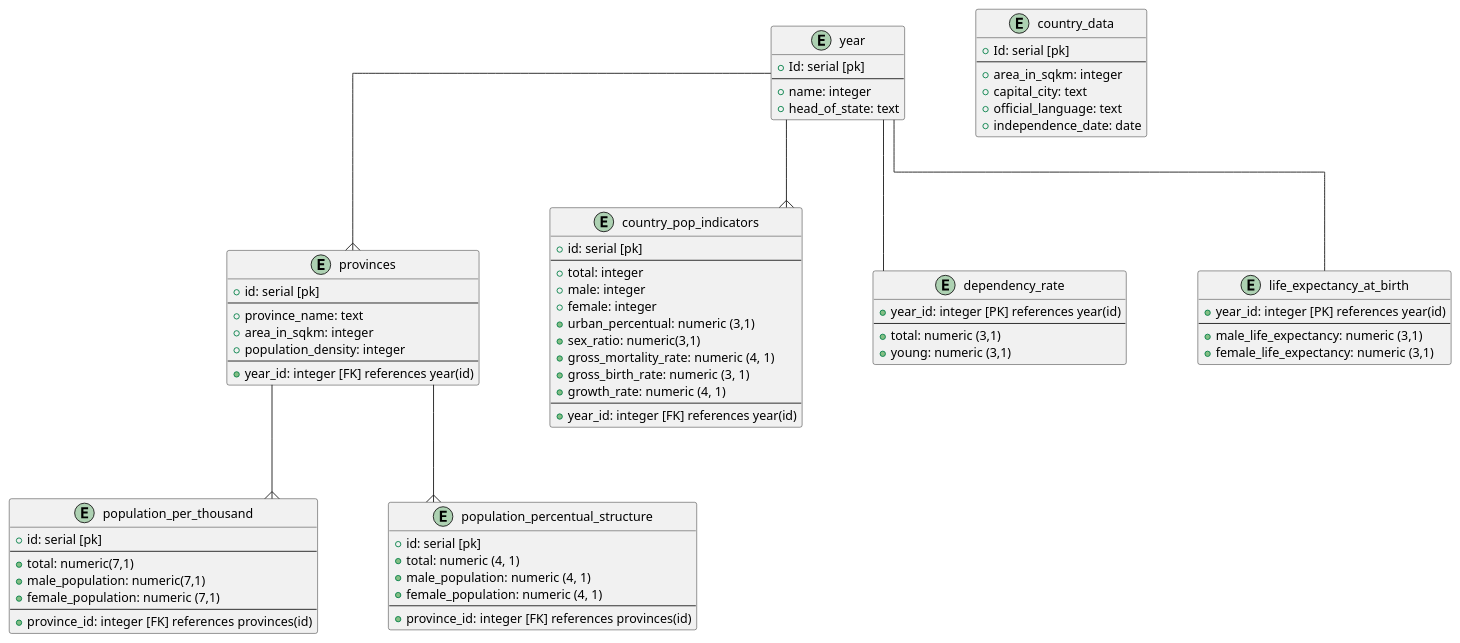
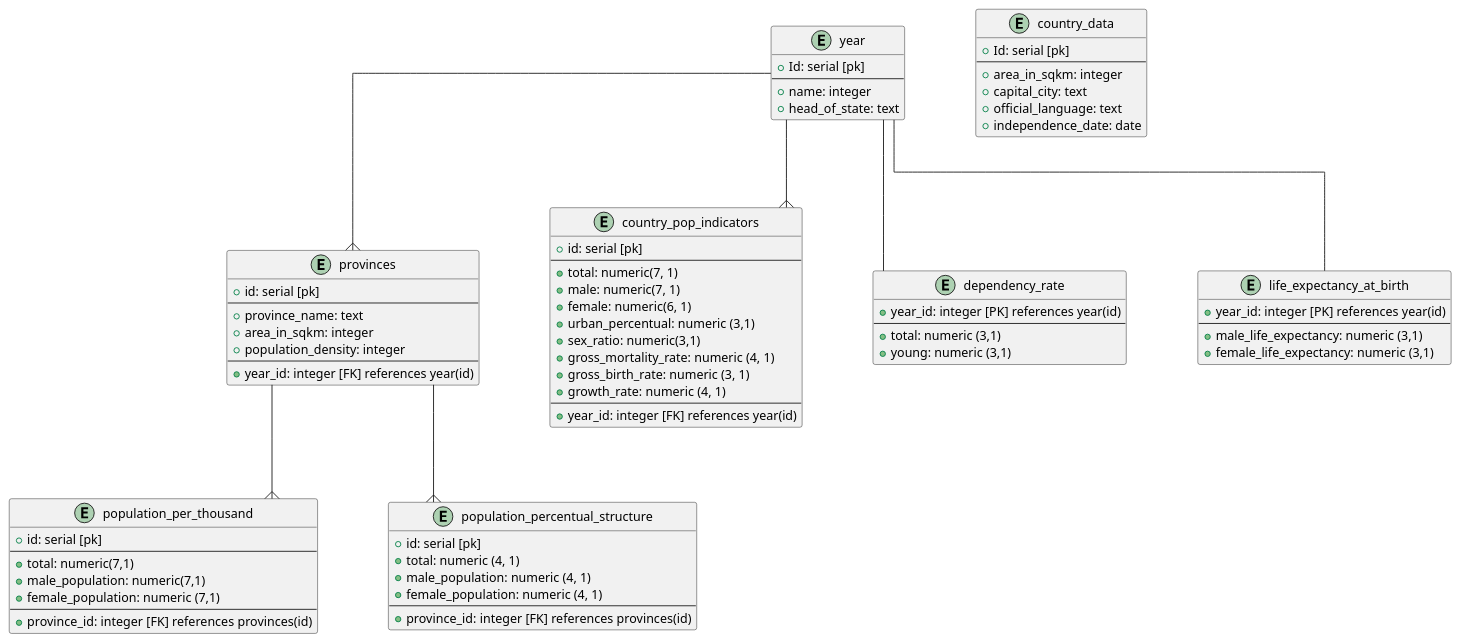
The diagram in dbschema.puml (therakius/moz-demog-api), drawn with PlantUML before and after one commit.

Commit message:
corrected type for table country_pop_indicators

```diff
--- a/dbschema.puml
+++ b/dbschema.puml
@@ -1,97 +1,97 @@
 @startuml moz_database
 skinparam {
     Nodesep 80
     Ranksep 80
     Linetype ortho
 }
 
 skinparam entity {
     BackgroundColor LightBlue
     FontSize 14
     ArrowThickness 1
 }
 
 entity year {
     + Id: serial [pk]
     --
     + name: integer
     + head_of_state: text
 }
 
 entity country_data {
     + Id: serial [pk]
     --
     + area_in_sqkm: integer
     + capital_city: text
     + official_language: text
     + independence_date: date
 }
 
 entity provinces {
    + id: serial [pk]
    --
    + province_name: text
    + area_in_sqkm: integer
    + population_density: integer
    --
    + year_id: integer [FK] references year(id)
 }
 
 entity population_per_thousand{
     + id: serial [pk]
     --
     + total: numeric(7,1)
     + male_population: numeric(7,1)
     + female_population: numeric (7,1)
     --
     + province_id: integer [FK] references provinces(id)
 }
 
 entity population_percentual_structure {
     + id: serial [pk]
     + total: numeric (4, 1)
     + male_population: numeric (4, 1)
     + female_population: numeric (4, 1)
     --
     + province_id: integer [FK] references provinces(id)
 }
 
 
 entity country_pop_indicators {
     + id: serial [pk]
     --
-    + total: integer
-    + male: integer
-    + female: integer
+    + total: numeric(7, 1)
+    + male: numeric(7, 1)
+    + female: numeric(6, 1)
     + urban_percentual: numeric (3,1)
     + sex_ratio: numeric(3,1)
     + gross_mortality_rate: numeric (4, 1)
     + gross_birth_rate: numeric (3, 1)
     + growth_rate: numeric (4, 1)
     --
     + year_id: integer [FK] references year(id)
 }
 
 entity dependency_rate {
     + year_id: integer [PK] references year(id)
     --
     + total: numeric (3,1)
     + young: numeric (3,1)
 }
 
 entity life_expectancy_at_birth {
     + year_id: integer [PK] references year(id)
     --
     + male_life_expectancy: numeric (3,1)
     + female_life_expectancy: numeric (3,1)
 }
 
 'relashionships:
 year --{ provinces
 provinces --{ population_per_thousand
 provinces --{ population_percentual_structure
 year -- life_expectancy_at_birth
 year --{ country_pop_indicators
 year -- dependency_rate
 
 @enduml
```
